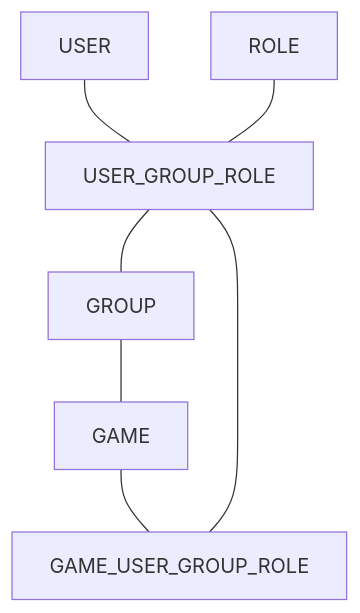
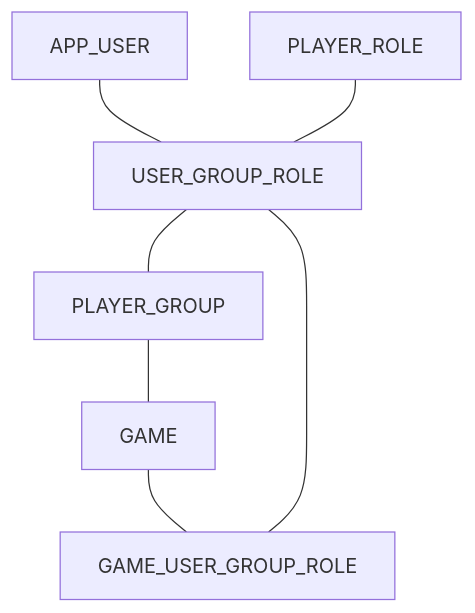
The first of 2 diagrams in README.md (MichaelM9/5-A-Side-Organiser), drawn with Mermaid before and after one commit. The commit also changed other lines of this file and 1 other file, not shown here.

````diff
--- a/README.md
+++ b/README.md
@@ -37,9 +37,9 @@
 ```mermaid
 flowchart
-USER --- USER_GROUP_ROLE
-ROLE --- USER_GROUP_ROLE
-USER_GROUP_ROLE --- GROUP
-GROUP --- GAME
+APP_USER --- USER_GROUP_ROLE
+PLAYER_ROLE --- USER_GROUP_ROLE
+USER_GROUP_ROLE --- PLAYER_GROUP
+PLAYER_GROUP --- GAME
 GAME --- GAME_USER_GROUP_ROLE
 USER_GROUP_ROLE --- GAME_USER_GROUP_ROLE
 ```
````
